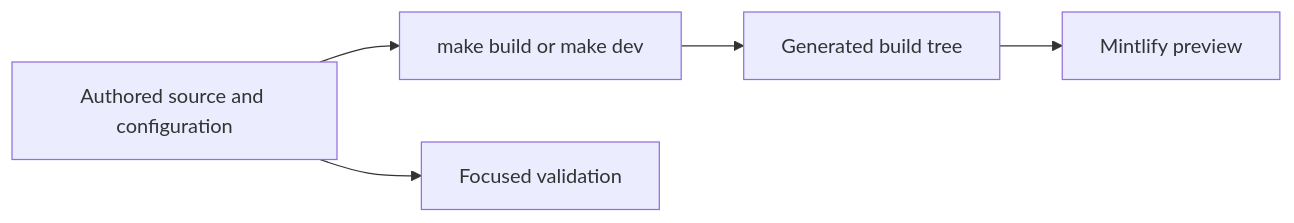
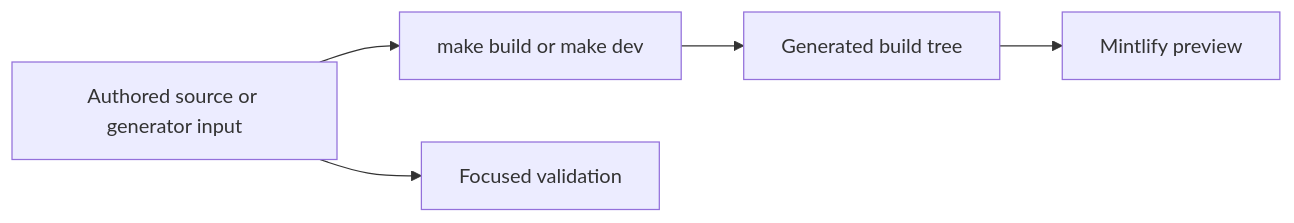
The diagram in openwiki/quickstart.md (langchain-ai/docs), drawn with Mermaid before and after one commit. The commit also changed other lines of this file and 32 other files, not shown here.

````diff
--- a/openwiki/quickstart.md
+++ b/openwiki/quickstart.md
@@ -39,7 +39,7 @@
 ```mermaid
 flowchart LR
-  Source["Authored source and configuration"] --> Builder["make build or make dev"]
-  Builder --> Output["Generated build tree"]
+  Source["Authored source or generator input"] --> Build["make build or make dev"]
+  Build --> Output["Generated build tree"]
   Output --> Preview["Mintlify preview"]
   Source --> Checks["Focused validation"]
 ```
````
